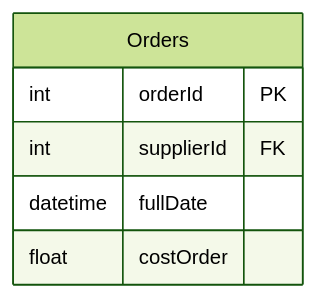
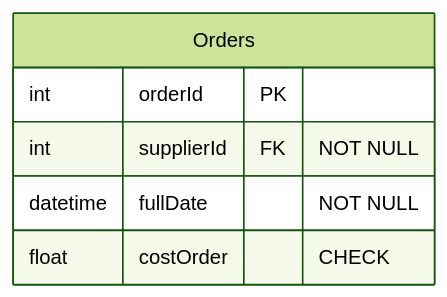
Before and after one commit to rosendocamal/homeworks: diagram 22 of 29 in 4to-Cuatrimestre/fundamentos-base-datos/proyecto/proyecto.md, drawn with Mermaid (forest theme). The commit also changed other lines of this file, not shown here.

````diff
--- a/4to-Cuatrimestre/fundamentos-base-datos/proyecto/proyecto.md
+++ b/4to-Cuatrimestre/fundamentos-base-datos/proyecto/proyecto.md
@@ -469,9 +438,9 @@
 ```mermaid
 erDiagram
 	Orders {
 		int orderId PK
-		int supplierId FK
-		datetime fullDate
-		float costOrder
+		int supplierId FK "NOT NULL"
+		datetime fullDate "NOT NULL"
+		float costOrder "CHECK"
 	}
 ```
````
